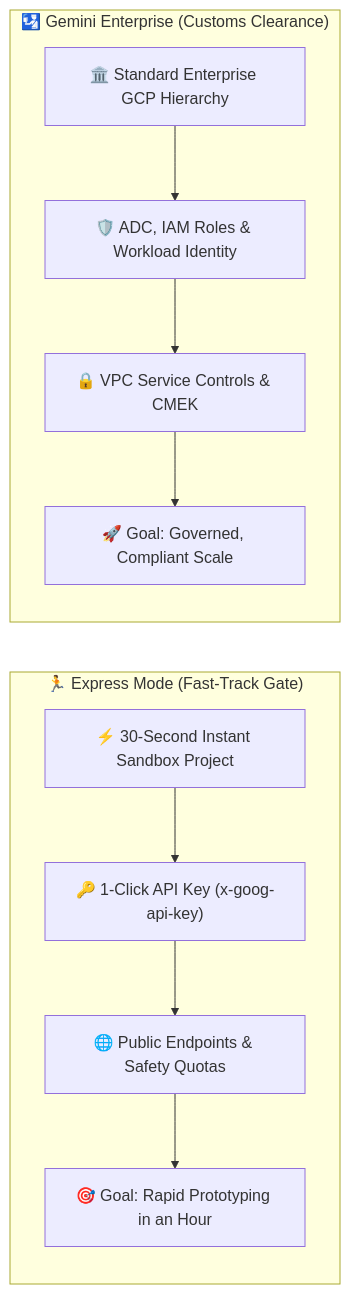
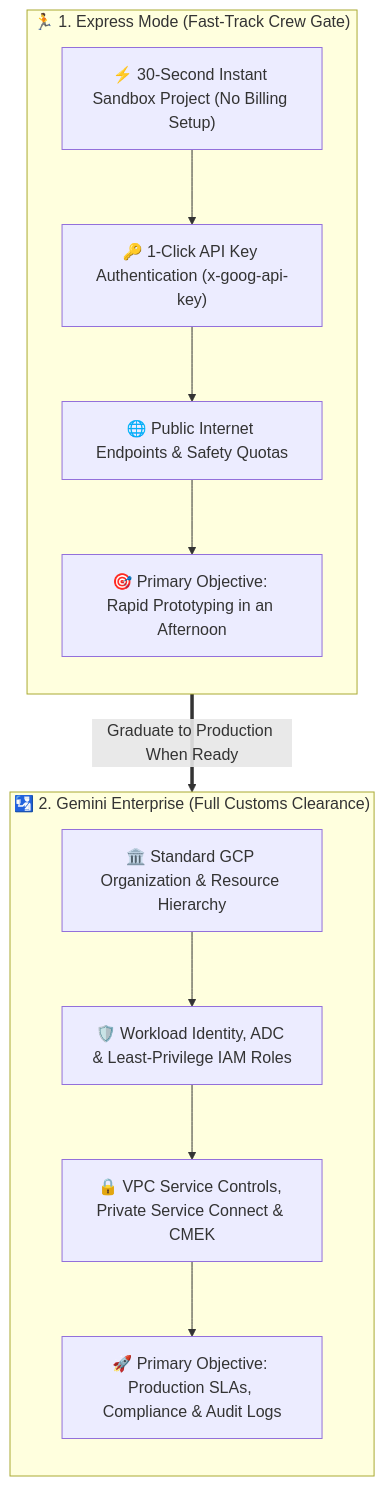
The first of 3 diagrams in content/english/blog/gemini-agent-platform-express-mode-bootstrapping-offvia.md (tharun15/gcloudcafe), drawn with Mermaid before and after one commit. The commit also changed other lines of this file and 1 other file, not shown here.

Commit message:
feat(blog): optimize Mermaid layout with vertical stacking and large crisp typography

````diff
--- a/content/english/blog/gemini-agent-platform-express-mode-bootstrapping-offvia.md
+++ b/content/english/blog/gemini-agent-platform-express-mode-bootstrapping-offvia.md
@@ -43,20 +43,22 @@
 ```mermaid
-flowchart LR
-    subgraph Express["🏃 Express Mode (Fast-Track Gate)"]
+flowchart TD
+    subgraph Express["🏃 1. Express Mode (Fast-Track Crew Gate)"]
         direction TB
-        E1["⚡ 30-Second Instant Sandbox Project"]
-        E2["🔑 1-Click API Key (x-goog-api-key)"]
-        E3["🌐 Public Endpoints & Safety Quotas"]
-        E4["🎯 Goal: Rapid Prototyping in an Hour"]
+        E1["⚡ 30-Second Instant Sandbox Project (No Billing Setup)"]
+        E2["🔑 1-Click API Key Authentication (x-goog-api-key)"]
+        E3["🌐 Public Internet Endpoints & Safety Quotas"]
+        E4["🎯 Primary Objective: Rapid Prototyping in an Afternoon"]
         E1 --> E2 --> E3 --> E4
     end
 
-    subgraph Enterprise["🛂 Gemini Enterprise (Customs Clearance)"]
+    Express ==>|"Graduate to Production When Ready"| Enterprise
+
+    subgraph Enterprise["🛂 2. Gemini Enterprise (Full Customs Clearance)"]
         direction TB
-        F1["🏛️ Standard Enterprise GCP Hierarchy"]
-        F2["🛡️ ADC, IAM Roles & Workload Identity"]
-        F3["🔒 VPC Service Controls & CMEK"]
-        F4["🚀 Goal: Governed, Compliant Scale"]
+        F1["🏛️ Standard GCP Organization & Resource Hierarchy"]
+        F2["🛡️ Workload Identity, ADC & Least-Privilege IAM Roles"]
+        F3["🔒 VPC Service Controls, Private Service Connect & CMEK"]
+        F4["🚀 Primary Objective: Production SLAs, Compliance & Audit Logs"]
         F1 --> F2 --> F3 --> F4
     end
 ```
````
